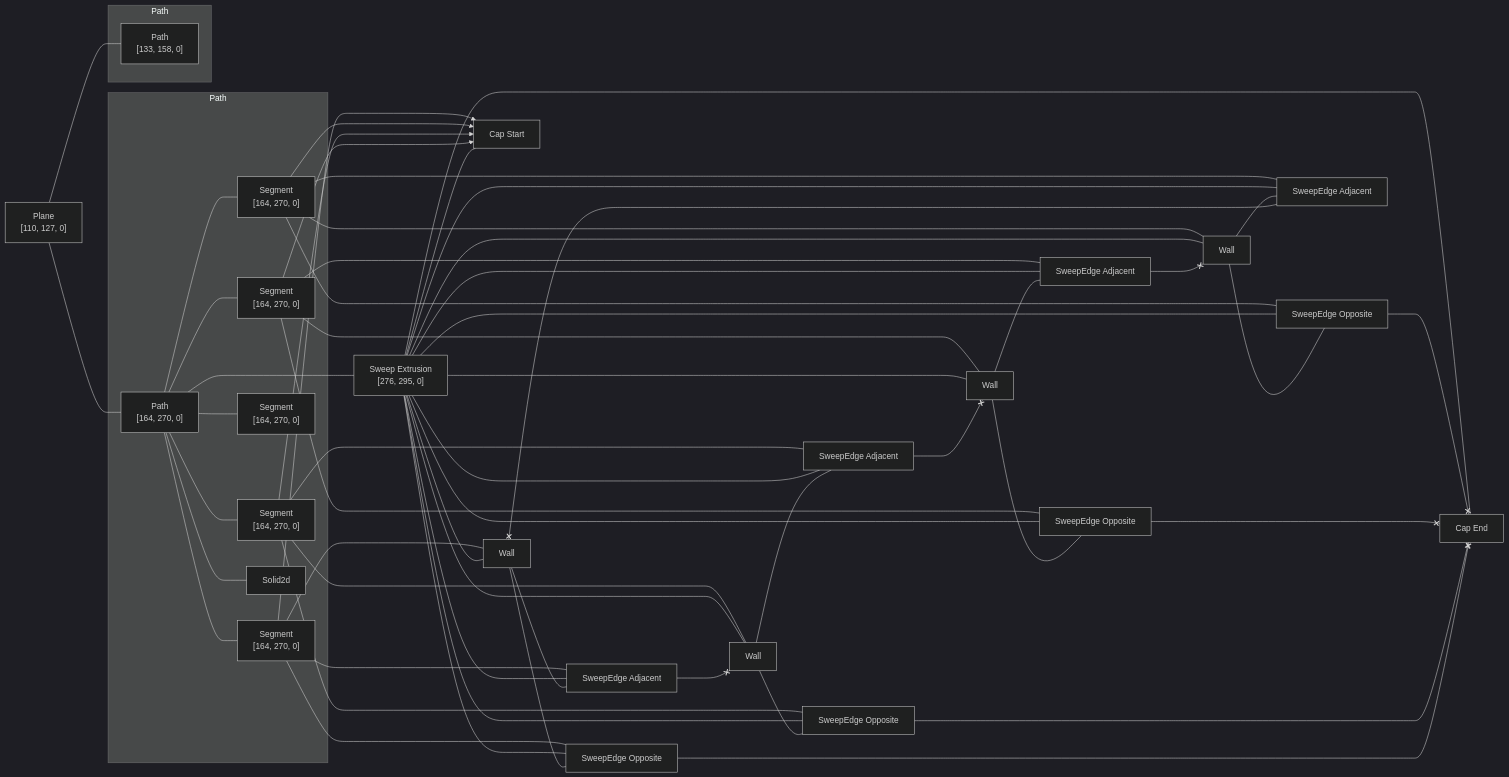
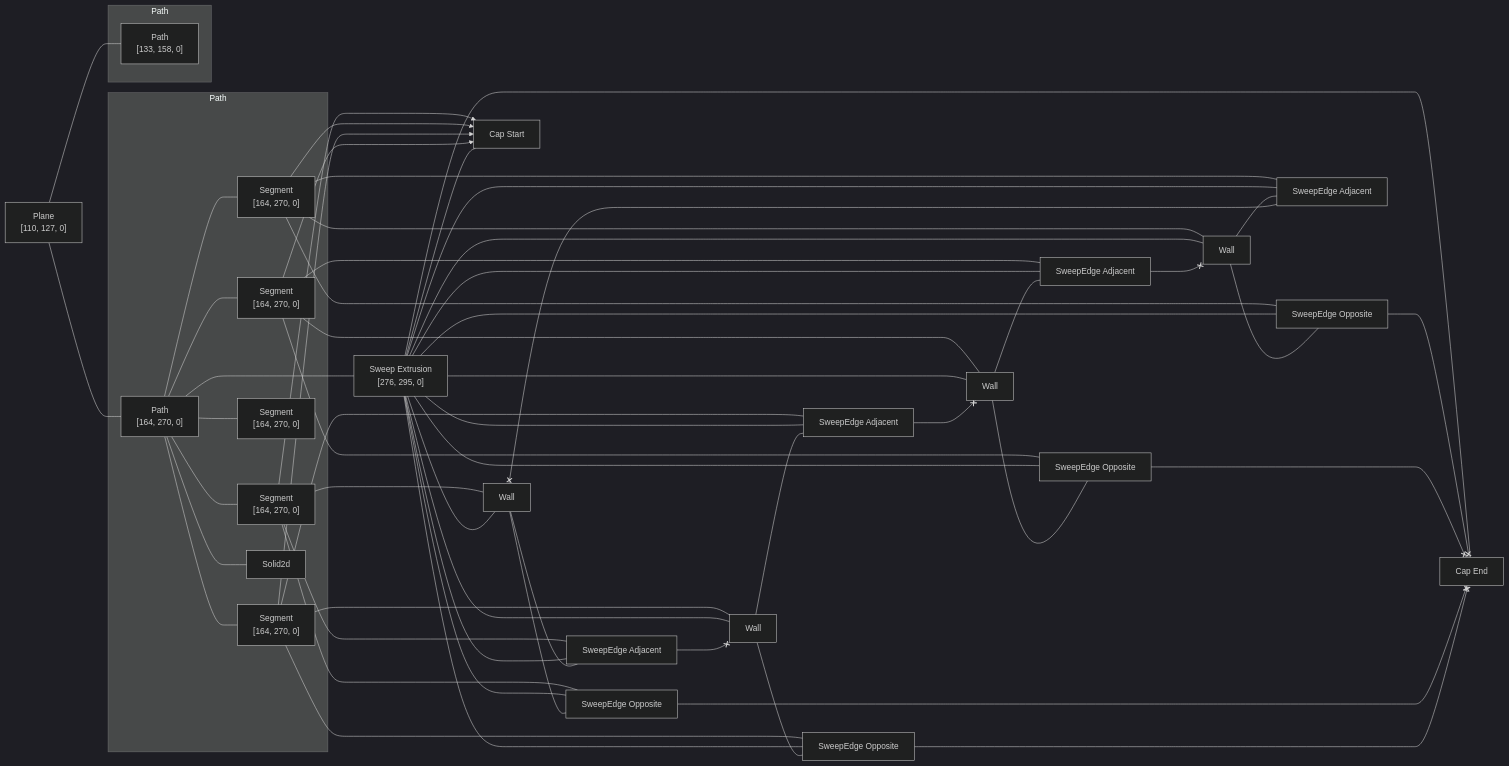
The diagram in rust/kcl-lib/tests/multi_transform/artifact_graph_flowchart.snap.md (rajgandhi1/modeling-app), drawn with Mermaid (dark theme) before and after one commit. The commit also changed 110 other files, not shown here.

```diff
--- a/rust/kcl-lib/tests/multi_transform/artifact_graph_flowchart.snap.md
+++ b/rust/kcl-lib/tests/multi_transform/artifact_graph_flowchart.snap.md
@@ -39,20 +39,20 @@
   3 ---- 10
   4 --- 11
   4 x--> 15
-  4 --- 20
-  4 --- 24
+  4 --- 19
+  4 --- 22
   5 --- 12
   5 x--> 15
   5 --- 17
-  5 --- 21
+  5 --- 23
   6 --- 13
   6 x--> 15
-  6 --- 19
-  6 --- 22
+  6 --- 20
+  6 --- 21
   8 --- 14
   8 x--> 15
   8 --- 18
-  8 --- 23
+  8 --- 24
   10 --- 11
   10 --- 12
   10 --- 13
@@ -67,18 +67,18 @@
   10 --- 22
   10 --- 23
   10 --- 24
-  11 --- 20
-  21 <--x 11
-  11 --- 24
+  11 --- 19
+  11 --- 22
+  23 <--x 11
   12 --- 17
-  12 --- 21
-  23 <--x 12
-  13 --- 19
-  13 --- 22
-  24 <--x 13
+  12 --- 23
+  24 <--x 12
+  13 --- 20
+  13 --- 21
+  22 <--x 13
   14 --- 18
-  22 <--x 14
-  14 --- 23
+  21 <--x 14
+  14 --- 24
   17 <--x 16
   18 <--x 16
   19 <--x 16
```
